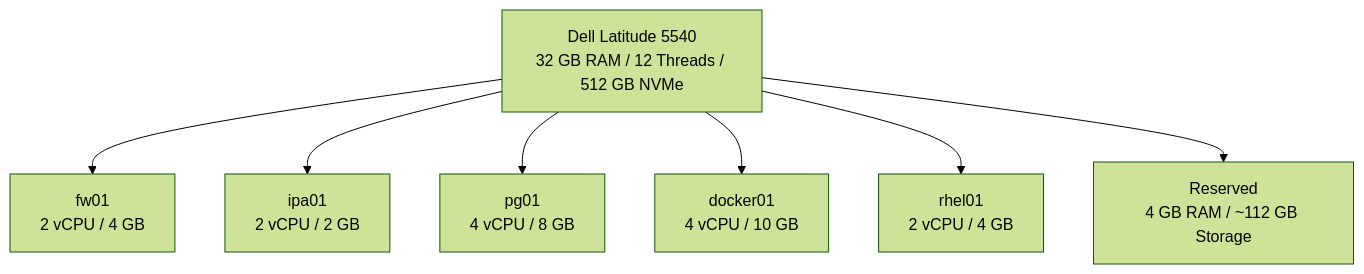
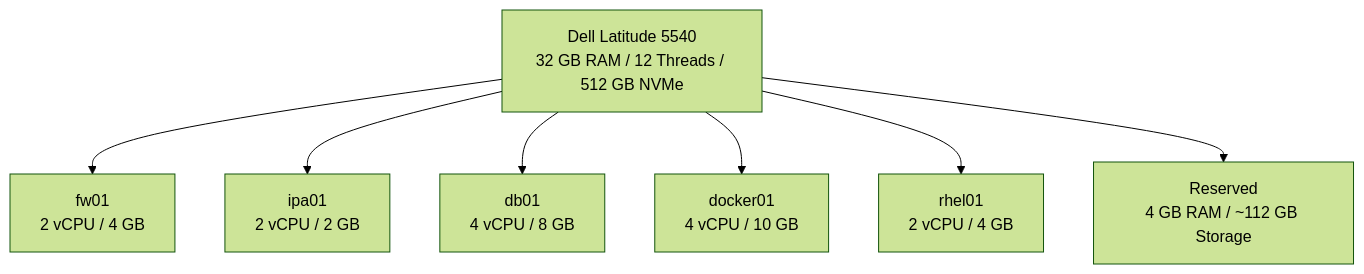
Diagram 13 of 14 in docs/02-resource-matrix/vm-resource-matrix.md (O2BUCAK/EnterpriseReferenceArchitecture), drawn with Mermaid (forest theme) before and after one commit. The commit also changed other lines of this file, not shown here.

````diff
--- a/docs/02-resource-matrix/vm-resource-matrix.md
+++ b/docs/02-resource-matrix/vm-resource-matrix.md
@@ -649,13 +649,13 @@
 ```mermaid
 flowchart TB
 
     HOST["Dell Latitude 5540<br/>32 GB RAM / 12 Threads / 512 GB NVMe"]
 
     HOST --> FW["fw01<br/>2 vCPU / 4 GB"]
     HOST --> IPA["ipa01<br/>2 vCPU / 2 GB"]
-    HOST --> PG["pg01<br/>4 vCPU / 8 GB"]
+    HOST --> PG["db01<br/>4 vCPU / 8 GB"]
     HOST --> DOCKER["docker01<br/>4 vCPU / 10 GB"]
     HOST --> RHEL["rhel01<br/>2 vCPU / 4 GB"]
 
     HOST --> RES["Reserved<br/>4 GB RAM / ~112 GB Storage"]
 ```
````
